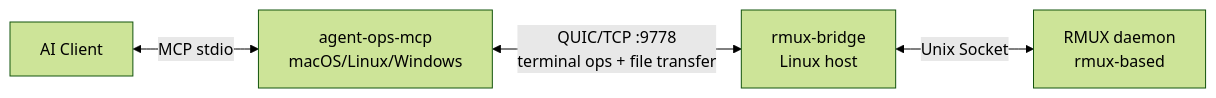
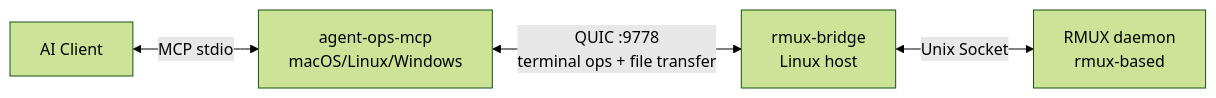
One commit to tddh/agent-ops changed the diagram in README.md. Above: the diagram before and after it, drawn with Mermaid (forest theme). The commit also changed other lines of this file and 16 other files, not shown here.

First line of the commit message:
refactor: 移除 TCP/TLS 回退传输，仅保留 QUIC 协议

````diff
--- a/README.md
+++ b/README.md
@@ -21,6 +21,6 @@
 ```mermaid
 graph LR
     A[AI Client] <-->|MCP stdio| B[agent-ops-mcp<br/>macOS/Linux/Windows]
-    B <-->|QUIC/TCP :9778<br/>terminal ops + file transfer| C[rmux-bridge<br/>Linux host]
+    B <-->|QUIC :9778<br/>terminal ops + file transfer| C[rmux-bridge<br/>Linux host]
     C <-->|Unix Socket| D[RMUX daemon<br/>rmux-based]
 ```
````
